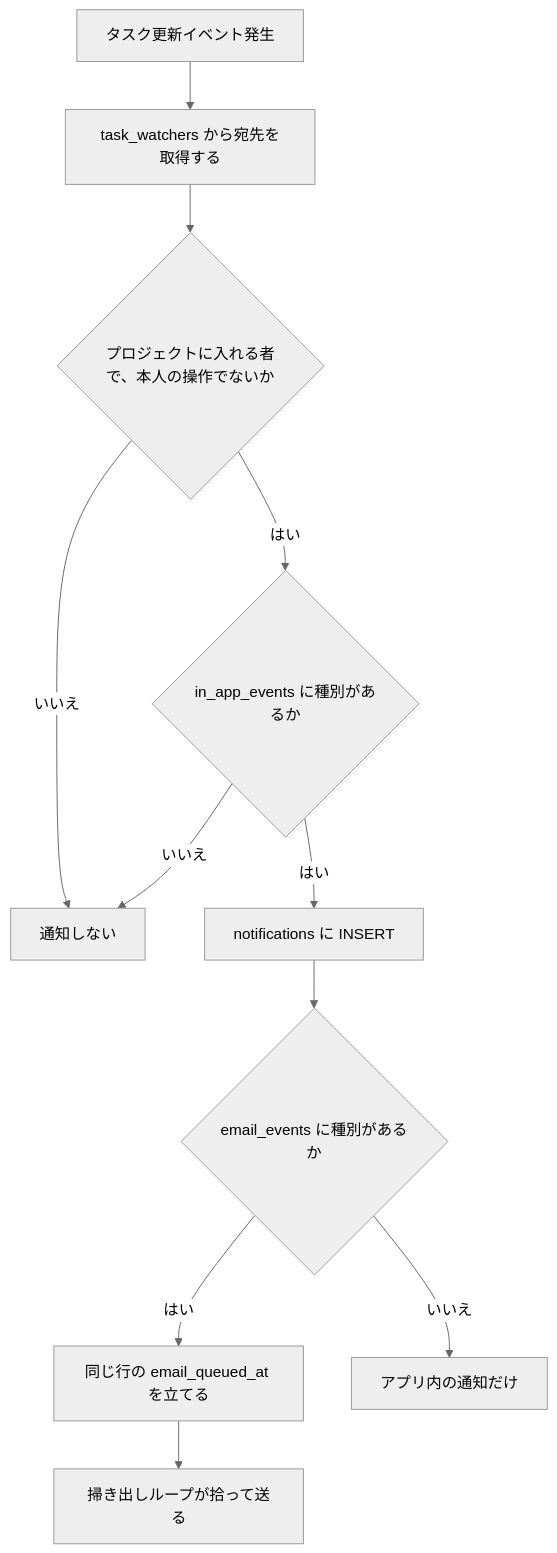
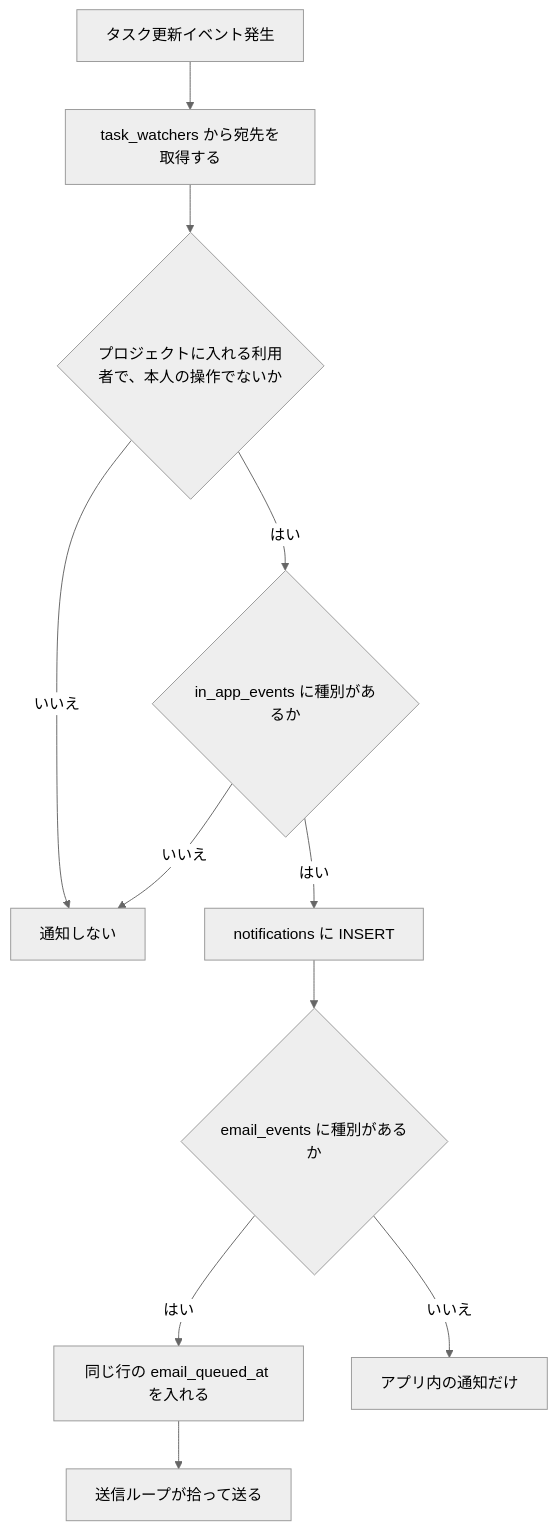
One commit to koyori-app/task changed the diagram in docs/features/tasks/5.notifications.md. Above: the diagram before and after it, drawn with Mermaid (neutral theme). The commit also changed other lines of this file and 2 other files, not shown here.

````diff
--- a/docs/features/tasks/5.notifications.md
+++ b/docs/features/tasks/5.notifications.md
@@ -132,20 +54,20 @@
 ```mermaid
 flowchart TD
     event["タスク更新イベント発生"]
     targets["task_watchers から宛先を取得する"]
-    scope{"プロジェクトに入れる者で、本人の操作でないか"}
+    scope{"プロジェクトに入れる利用者で、本人の操作でないか"}
     skip["通知しない"]
     inapp{"in_app_events に種別があるか"}
     row["notifications に INSERT"]
     email{"email_events に種別があるか"}
-    queue["同じ行の email_queued_at を立てる"]
+    queue["同じ行の email_queued_at を入れる"]
     done["アプリ内の通知だけ"]
-    sweep["掃き出しループが拾って送る"]
+    sweep["送信ループが拾って送る"]
     event --> targets --> scope
     scope -- いいえ --> skip
     scope -- はい --> inapp
     inapp -- いいえ --> skip
     inapp -- はい --> row --> email
     email -- はい --> queue --> sweep
     email -- いいえ --> done
 ```
````
